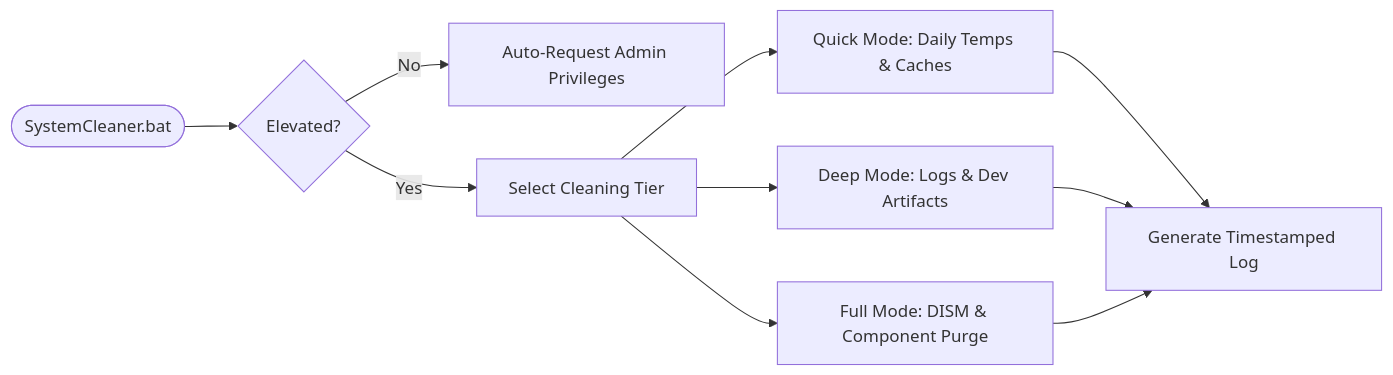
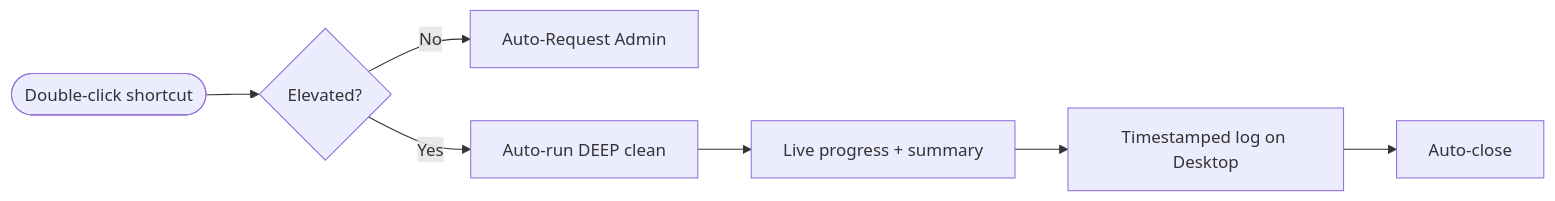
Before and after one commit to Diwak4r/SystemCleanerPro: the diagram in README.md, drawn with Mermaid. The commit also changed other lines of this file and 1 other file, not shown here.

First line of the commit message:
feat(v3): one-click auto-run + wider safe cleaning coverage

````diff
--- a/README.md
+++ b/README.md
@@ -22,14 +24,9 @@
 ```mermaid
 graph LR
-    Launch([SystemCleaner.bat]) --> Admin{Elevated?}
-    Admin -- No --> Request[Auto-Request Admin Privileges]
-    Admin -- Yes --> ModeSel[Select Cleaning Tier]
-    
-    ModeSel --> Quick[Quick Mode: Daily Temps & Caches]
-    ModeSel --> Deep[Deep Mode: Logs & Dev Artifacts]
-    ModeSel --> Full[Full Mode: DISM & Component Purge]
-    
-    Quick --> Log[Generate Timestamped Log]
-    Deep --> Log
-    Full --> Log
+    Launch([Double-click shortcut]) --> Admin{Elevated?}
+    Admin -- No --> Request[Auto-Request Admin]
+    Admin -- Yes --> Run[Auto-run DEEP clean]
+    Run --> Report[Live progress + summary]
+    Report --> Log[Timestamped log on Desktop]
+    Log --> Close[Auto-close]
 ```
````
